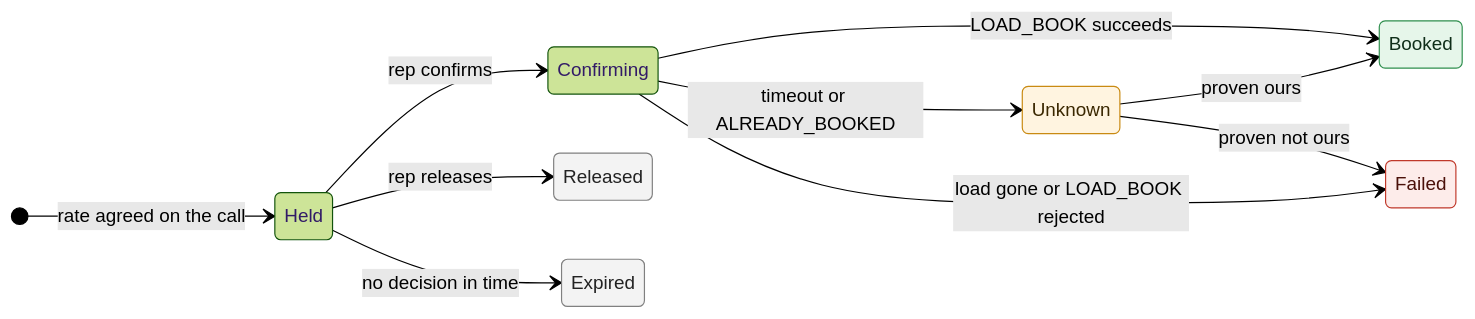
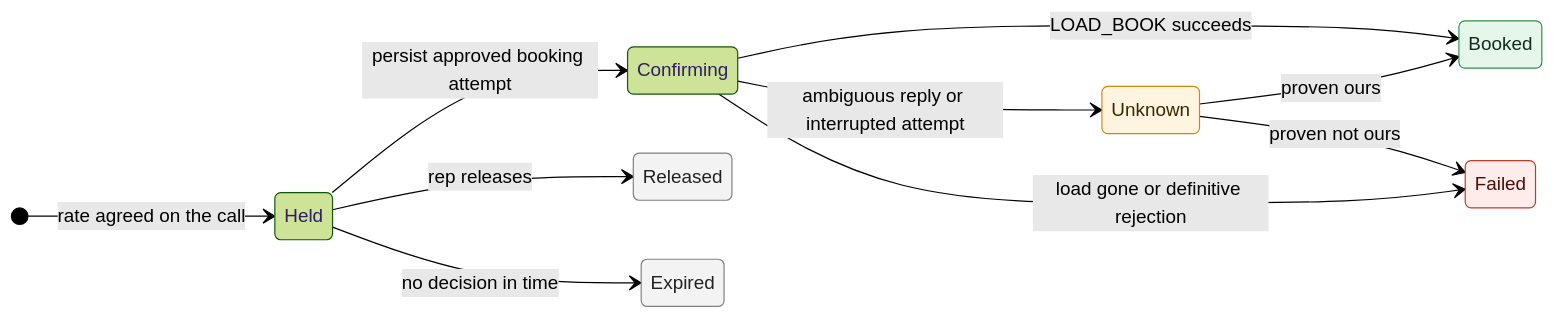
One commit to sgon0181/happyrobot-inbound-carrier-sales changed the third of 3 diagrams in ARCHITECTURE.md. Above: the diagram before and after it, drawn with Mermaid (forest theme). The commit also changed other lines of this file, not shown here.

First line of the commit message:
docs: finalise architecture v2.0

````diff
--- a/ARCHITECTURE.md
+++ b/ARCHITECTURE.md
@@ -253,22 +259,22 @@
 ```mermaid
 stateDiagram-v2
     direction LR
     [*] --> Held: rate agreed on the call
-    Held --> Confirming: rep confirms
+    Held --> Confirming: persist approved booking attempt
     Held --> Released: rep releases
     Held --> Expired: no decision in time
     Confirming --> Booked: LOAD_BOOK succeeds
-    Confirming --> Unknown: timeout or ALREADY_BOOKED
-    Confirming --> Failed: load gone or LOAD_BOOK rejected
+    Confirming --> Unknown: ambiguous reply or interrupted attempt
+    Confirming --> Failed: load gone or definitive rejection
     Unknown --> Booked: proven ours
     Unknown --> Failed: proven not ours
 
     classDef good fill:#e6f6ea,stroke:#2f8f4e,color:#0f2e19
     classDef bad fill:#fdecea,stroke:#c0392b,color:#4a1009
     classDef review fill:#fff4e0,stroke:#c98a12,color:#3a2700
     classDef closed fill:#f3f3f3,stroke:#808080,color:#222
     class Booked good
     class Failed bad
     class Unknown review
     class Released,Expired closed
 ```
````
